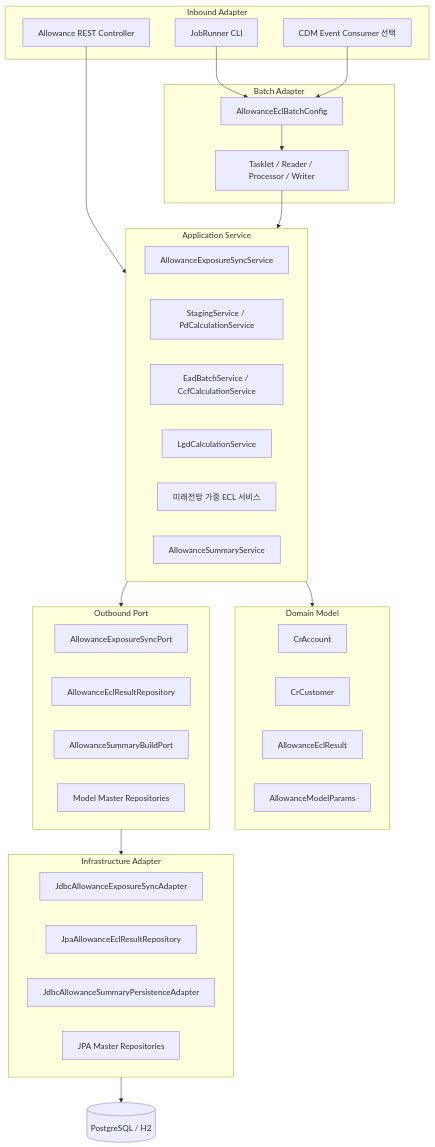
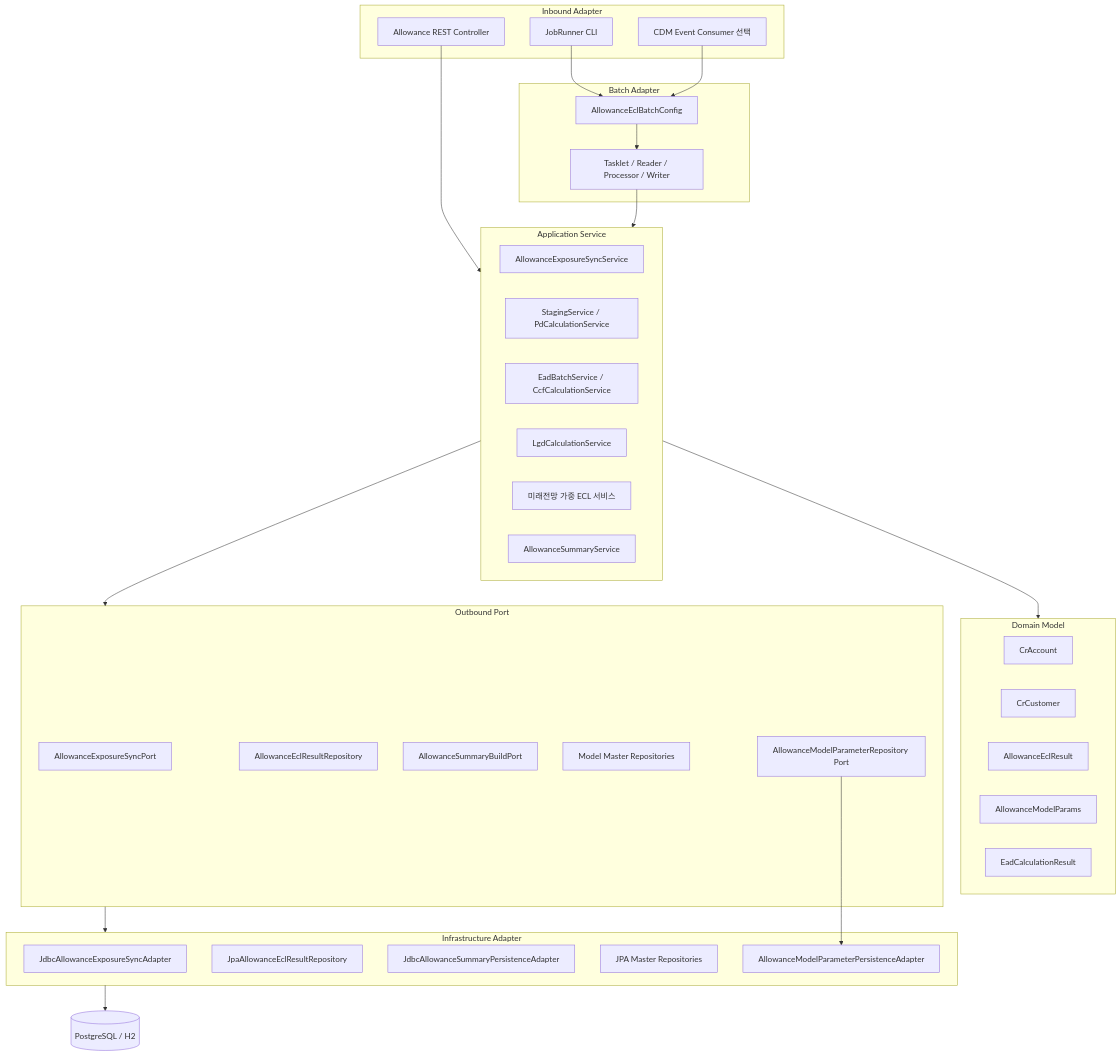
The second of 6 diagrams in ecl/docs/ALLOWANCE_ARCHITECTURE.md (skyg547/account), drawn with Mermaid before and after one commit. The commit also changed 193 other files, not shown here.

````diff
--- a/ecl/docs/ALLOWANCE_ARCHITECTURE.md
+++ b/ecl/docs/ALLOWANCE_ARCHITECTURE.md
@@ -36,55 +36,59 @@
 ```mermaid
 flowchart TB
     subgraph Inbound[Inbound Adapter]
         Rest[Allowance REST Controller]
         Runner[JobRunner CLI]
         Event[CDM Event Consumer 선택]
     end
 
     subgraph BatchAdapter[Batch Adapter]
         JobConfig[AllowanceEclBatchConfig]
         Steps[Tasklet / Reader / Processor / Writer]
     end
 
     subgraph Application[Application Service]
         SyncSvc[AllowanceExposureSyncService]
         StageSvc[StagingService / PdCalculationService]
         EadSvc[EadBatchService / CcfCalculationService]
         LgdSvc[LgdCalculationService]
         EclSvc[미래전망 가중 ECL 서비스]
         SummarySvc[AllowanceSummaryService]
     end
 
     subgraph Domain[Domain Model]
         Account[CrAccount]
         Customer[CrCustomer]
         Result[AllowanceEclResult]
         Params[AllowanceModelParams]
+        EadResult[EadCalculationResult]
     end
 
     subgraph Outbound[Outbound Port]
         SyncPort[AllowanceExposureSyncPort]
         ResultRepo[AllowanceEclResultRepository]
         SummaryPort[AllowanceSummaryBuildPort]
         MasterRepo[Model Master Repositories]
+        ParamPort[AllowanceModelParameterRepository Port]
     end
 
     subgraph Infra[Infrastructure Adapter]
         SyncJdbc[JdbcAllowanceExposureSyncAdapter]
         ResultJpa[JpaAllowanceEclResultRepository]
         SummaryJdbc[JdbcAllowanceSummaryPersistenceAdapter]
         MasterJpa[JPA Master Repositories]
+        ParamJpa[AllowanceModelParameterPersistenceAdapter]
     end
 
     Db[(PostgreSQL / H2)]
 
     Rest --> Application
     Runner --> JobConfig
     Event --> JobConfig
     JobConfig --> Steps
     Steps --> Application
     Application --> Domain
     Application --> Outbound
     Outbound --> Infra
+    ParamPort --> ParamJpa
     Infra --> Db
 ```
````
